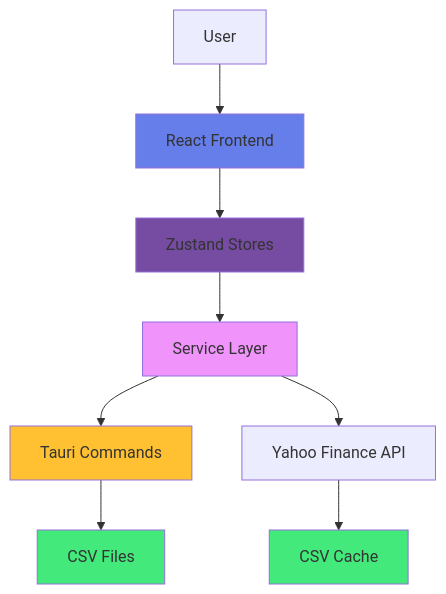
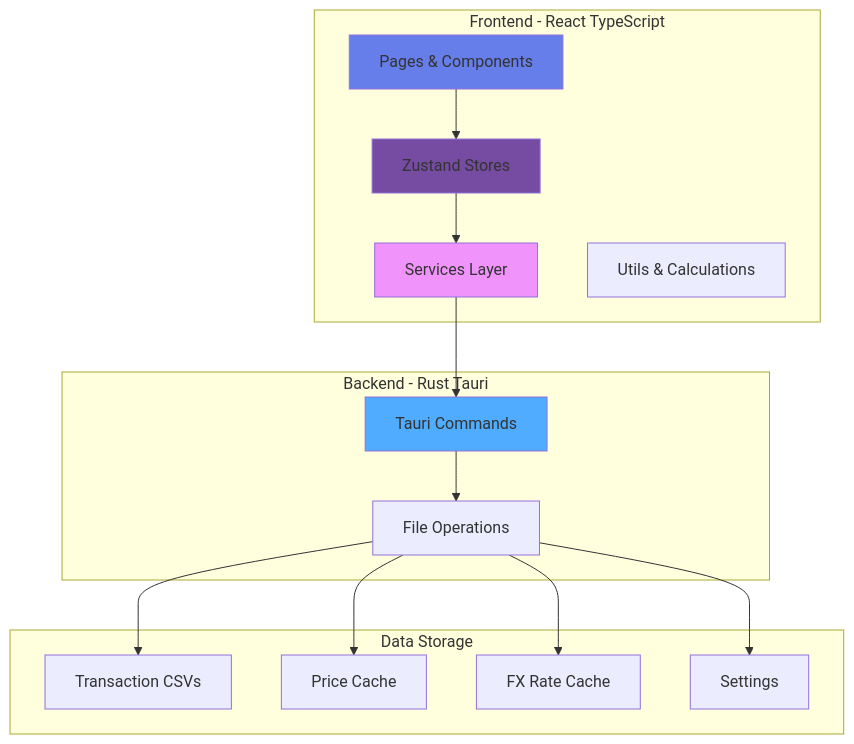
One commit to 7kfpun/portfolio changed the first of 3 diagrams in README.md. Above: the diagram before and after it, drawn with Mermaid. The commit also changed other lines of this file and 27 other files, not shown here.

````diff
--- a/README.md
+++ b/README.md
@@ -170,17 +130,35 @@
 ```mermaid
 graph TB
-    User[User] --> UI[React Frontend]
-    UI --> Store[Zustand Stores]
-    Store --> Services[Service Layer]
-    Services --> Tauri[Tauri Commands]
-    Services --> Yahoo[Yahoo Finance API]
-    Tauri --> CSV[CSV Files]
-    Yahoo --> Cache[CSV Cache]
+    subgraph "Frontend - React TypeScript"
+        UI[Pages & Components]
+        Store[Zustand Stores]
+        Services[Services Layer]
+        Utils[Utils & Calculations]
+    end
+
+    subgraph "Backend - Rust Tauri"
+        Commands[Tauri Commands]
+        FileOps[File Operations]
+    end
+
+    subgraph "Data Storage"
+        TxCSV[Transaction CSVs]
+        PriceCSV[Price Cache]
+        FxCSV[FX Rate Cache]
+        SettingsCSV[Settings]
+    end
+
+    UI --> Store
+    Store --> Services
+    Services --> Commands
+    Commands --> FileOps
+    FileOps --> TxCSV
+    FileOps --> PriceCSV
+    FileOps --> FxCSV
+    FileOps --> SettingsCSV
 
     style UI fill:#667eea
     style Store fill:#764ba2
     style Services fill:#f093fb
-    style Tauri fill:#ffc131
-    style CSV fill:#43e97b
-    style Cache fill:#43e97b
+    style Commands fill:#4facfe
 ```
````
